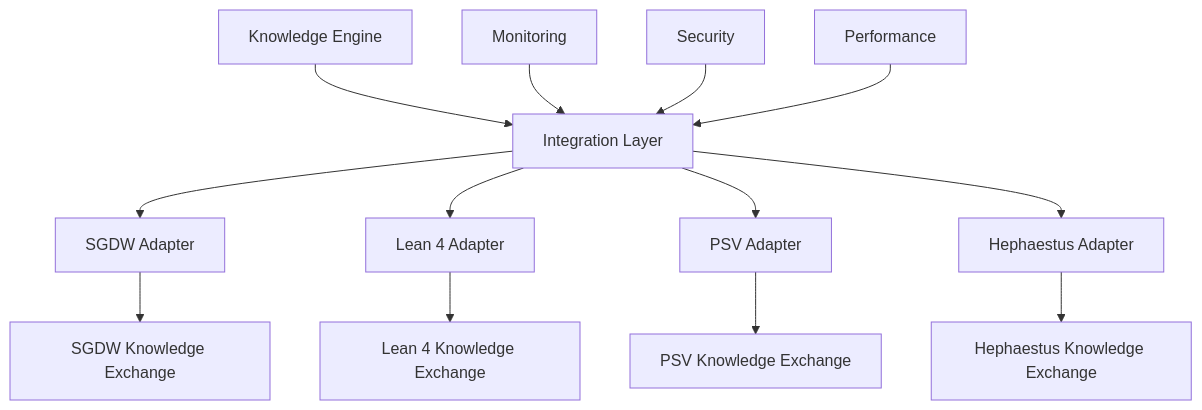
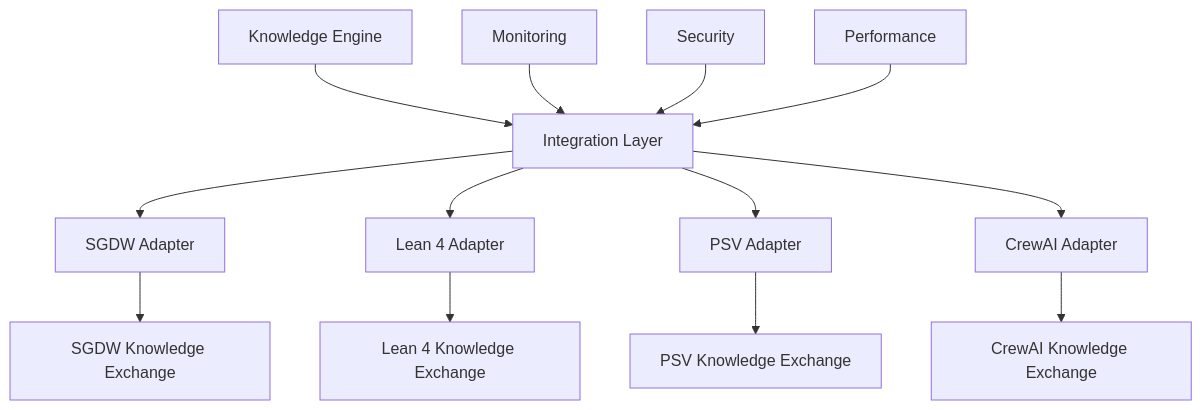
One commit to jazir555/OpenEvolveFrontend changed diagram 15 of 33 in docs/knowledge_engine/KNOWLEDGE_ENGINE_INTEGRATION_GUIDE.md. Above: the diagram before and after it, drawn with Mermaid. The commit also changed other lines of this file and 631 other files, not shown here.

````diff
--- a/docs/knowledge_engine/KNOWLEDGE_ENGINE_INTEGRATION_GUIDE.md
+++ b/docs/knowledge_engine/KNOWLEDGE_ENGINE_INTEGRATION_GUIDE.md
@@ -394,17 +394,17 @@
 ```mermaid
 graph TD
     A[Knowledge Engine] --> B[Integration Layer]
     B --> C[SGDW Adapter]
     B --> D[Lean 4 Adapter]
     B --> E[PSV Adapter]
-    B --> F[Hephaestus Adapter]
+    B --> F[CrewAI Adapter]
     
     C --> G[SGDW Knowledge Exchange]
     D --> H[Lean 4 Knowledge Exchange]
     E --> I[PSV Knowledge Exchange]
-    F --> J[Hephaestus Knowledge Exchange]
+    F --> J[CrewAI Knowledge Exchange]
     
     K[Monitoring] --> B
     L[Security] --> B
     M[Performance] --> B
 ```
````
